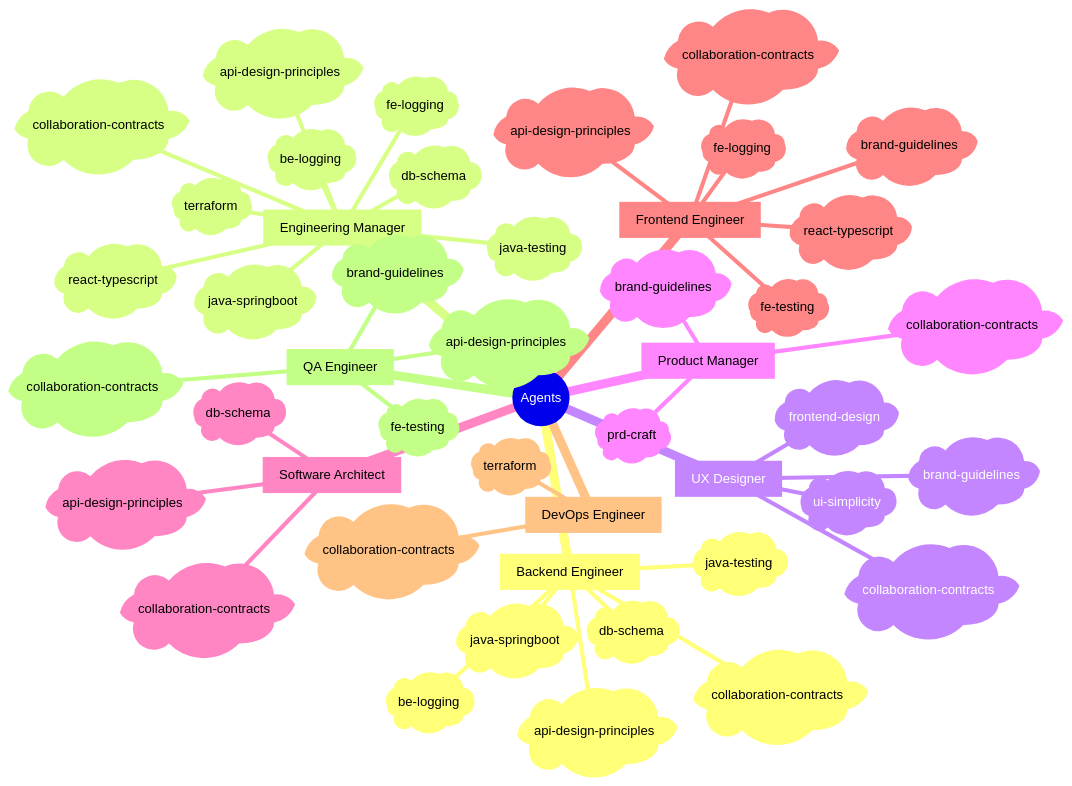
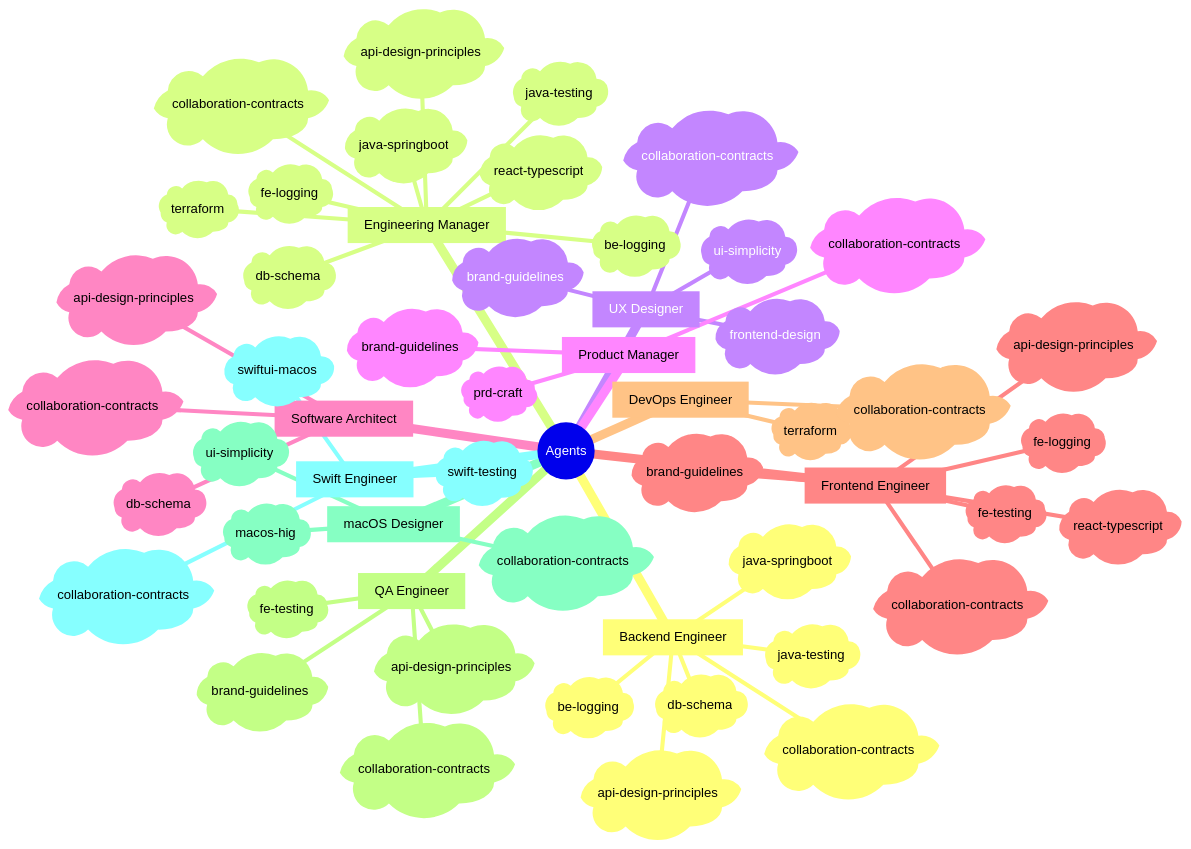
The first of 3 diagrams in README.md (sans-github/agents), drawn with Mermaid before and after one commit. The commit also changed other lines of this file and 17 other files, not shown here.

First line of the commit message:
add macOS designer and Swift engineer agents

````diff
--- a/README.md
+++ b/README.md
@@ -65,49 +67,57 @@
 ```mermaid
 mindmap
   root((Agents))
     [Backend Engineer]
       )db-schema(
       )java-springboot(
       )api-design-principles(
       )java-testing(
       )be-logging(
       )collaboration-contracts(
     [Engineering Manager]
       )db-schema(
       )java-springboot(
       )api-design-principles(
       )react-typescript(
       )terraform(
       )java-testing(
       )be-logging(
       )fe-logging(
       )collaboration-contracts(
     [UX Designer]
       )frontend-design(
       )brand-guidelines(
       )ui-simplicity(
       )collaboration-contracts(
     [Product Manager]
       )prd-craft(
       )brand-guidelines(
       )collaboration-contracts(
     [Software Architect]
       )api-design-principles(
       )db-schema(
       )collaboration-contracts(
     [Frontend Engineer]
       )api-design-principles(
       )react-typescript(
       )fe-testing(
       )brand-guidelines(
       )fe-logging(
       )collaboration-contracts(
     [DevOps Engineer]
       )terraform(
       )collaboration-contracts(
     [QA Engineer]
       )api-design-principles(
       )fe-testing(
       )brand-guidelines(
       )collaboration-contracts(
+    [macOS Designer]
+      )macos-hig(
+      )ui-simplicity(
+      )collaboration-contracts(
+    [Swift Engineer]
+      )swiftui-macos(
+      )swift-testing(
+      )collaboration-contracts(
 ```
````
